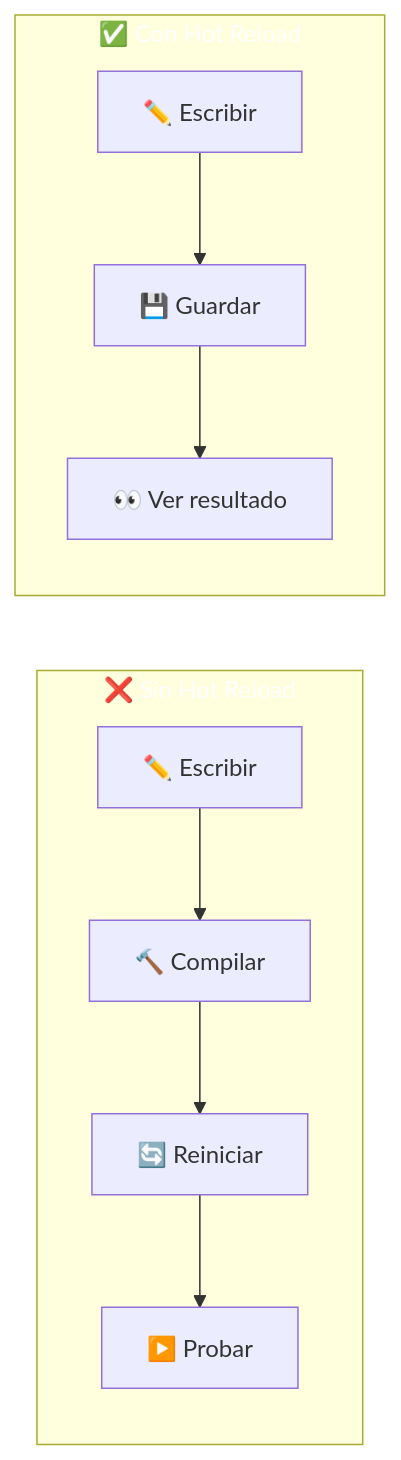
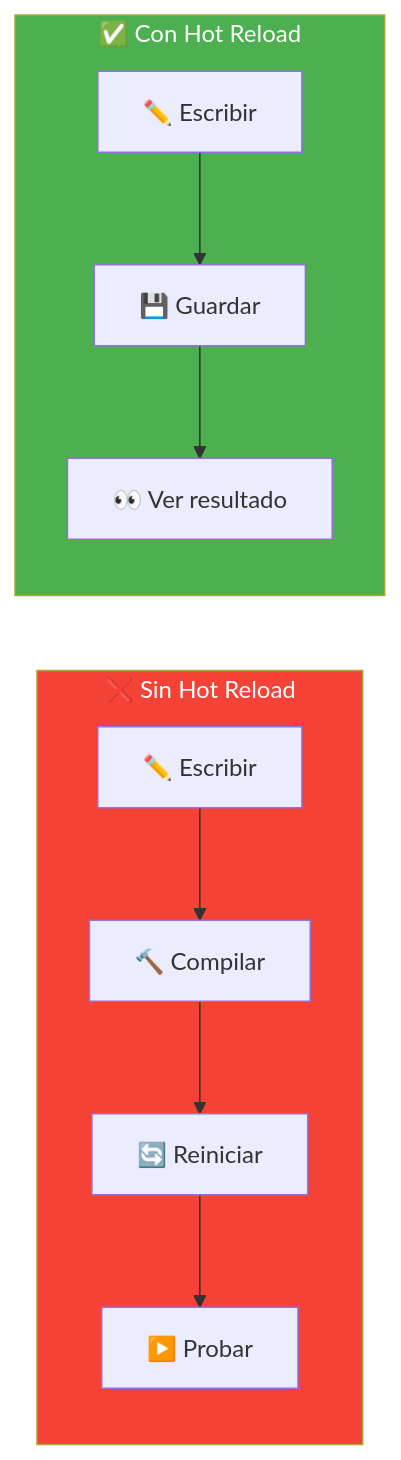
The seventh of 7 diagrams in 01-conceptos-servicios.md (joseluisgs/DesarrolloWebEntornosServidor-02-2026-2027), drawn with Mermaid before and after one commit. The commit also changed other lines of this file and 29 other files, not shown here.

Commit message:
docs: corregir estilos Mermaid y estilo, quitar referencias a la Tienda y reestructurar los retos 13 y 15

````diff
--- a/01-conceptos-servicios.md
+++ b/01-conceptos-servicios.md
@@ -413,14 +413,14 @@
 ```mermaid
 flowchart LR
     subgraph SIN["❌ Sin Hot Reload"]
         A1["✏️ Escribir"] --> A2["🔨 Compilar"]
         A2 --> A3["🔄 Reiniciar"]
         A3 --> A4["▶️ Probar"]
     end
     subgraph CON["✅ Con Hot Reload"]
         B1["✏️ Escribir"] --> B2["💾 Guardar"]
         B2 --> B3["👀 Ver resultado"]
     end
-    style SIN fill:#f4433,color:#fff6,color:#fff
-    style CON fill:#4CAF5,color:#fff0,color:#fff
+    style SIN fill:#f44336,color:#fff
+    style CON fill:#4CAF50,color:#fff
 ```
````
